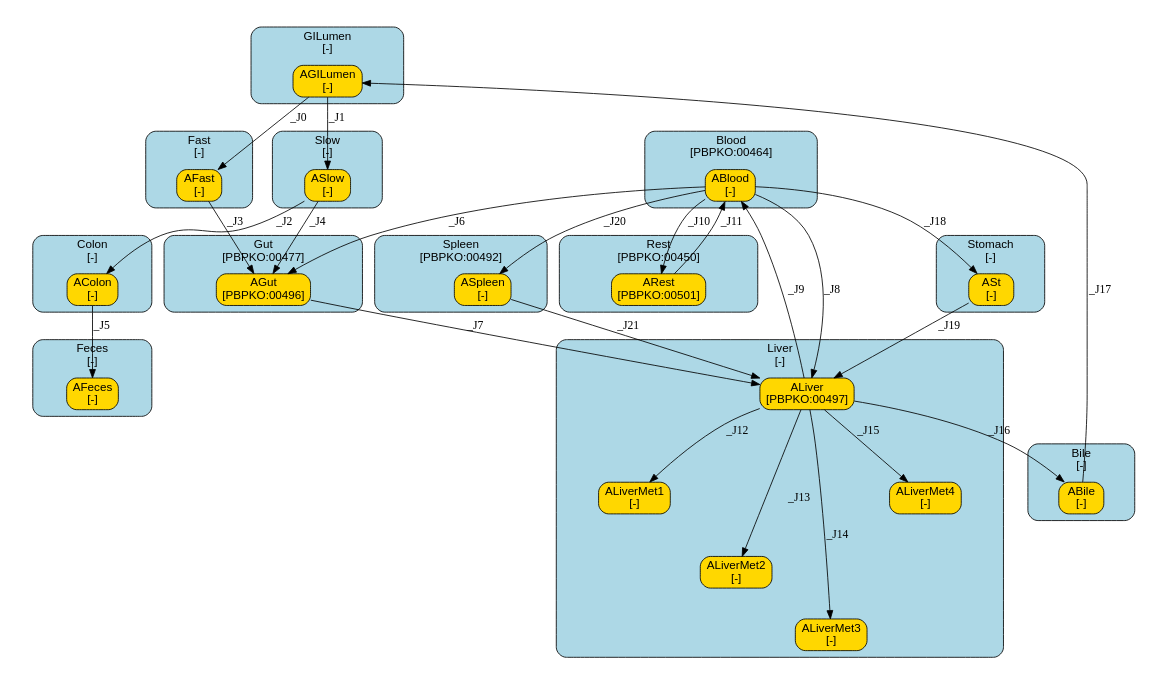
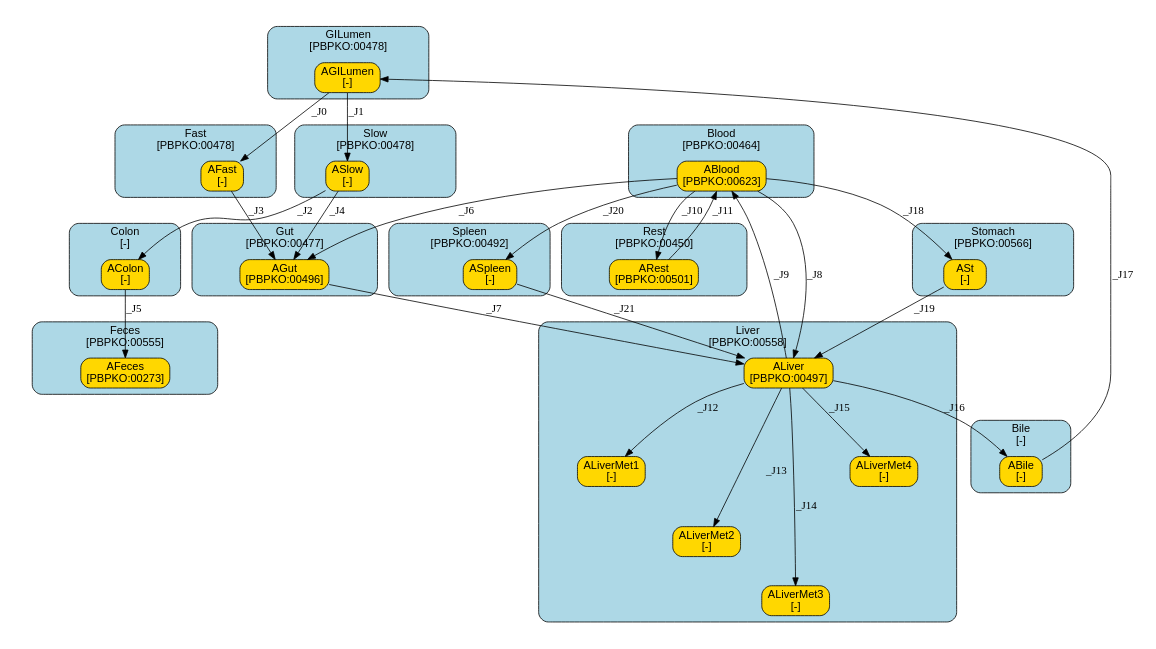
One commit to fair-pbk/exposure-route-pbk-models changed the diagram in models/oral/Mycotoxins/Mukherjee/summary.dot. Above: the diagram before and after it, drawn with Graphviz. The commit also changed 188 other files, not shown here.

```diff
--- a/models/oral/Mycotoxins/Mukherjee/summary.dot
+++ b/models/oral/Mycotoxins/Mukherjee/summary.dot
@@ -9,7 +9,7 @@
 			fontname=Arial,
 			href="#compartment-GILumen",
 			label="GILumen
-[-]",
+[PBPKO:00478]",
 			shape=box,
 			style="filled,rounded"
 		];
@@ -27,7 +27,7 @@
 			fontname=Arial,
 			href="#compartment-Fast",
 			label="Fast
-[-]",
+[PBPKO:00478]",
 			shape=box,
 			style="filled,rounded"
 		];
@@ -45,7 +45,7 @@
 			fontname=Arial,
 			href="#compartment-Slow",
 			label="Slow
-[-]",
+[PBPKO:00478]",
 			shape=box,
 			style="filled,rounded"
 		];
@@ -99,7 +99,7 @@
 			fontname=Arial,
 			href="#compartment-Liver",
 			label="Liver
-[-]",
+[PBPKO:00558]",
 			shape=box,
 			style="filled,rounded"
 		];
@@ -153,7 +153,7 @@
 			fillcolor=gold,
 			href="#species-ABlood",
 			label="ABlood
-[-]",
+[PBPKO:00623]",
 			shape=box,
 			style="filled,rounded"];
 	}
@@ -199,7 +199,7 @@
 			fontname=Arial,
 			href="#compartment-Feces",
 			label="Feces
-[-]",
+[PBPKO:00555]",
 			shape=box,
 			style="filled,rounded"
 		];
@@ -207,7 +207,7 @@
 			fillcolor=gold,
 			href="#species-AFeces",
 			label="AFeces
-[-]",
+[PBPKO:00273]",
 			shape=box,
 			style="filled,rounded"];
 	}
@@ -217,7 +217,7 @@
 			fontname=Arial,
 			href="#compartment-Stomach",
 			label="Stomach
-[-]",
+[PBPKO:00566]",
 			shape=box,
 			style="filled,rounded"
 		];
```
